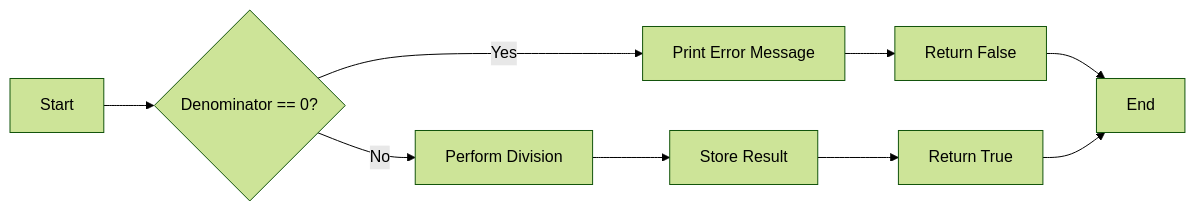
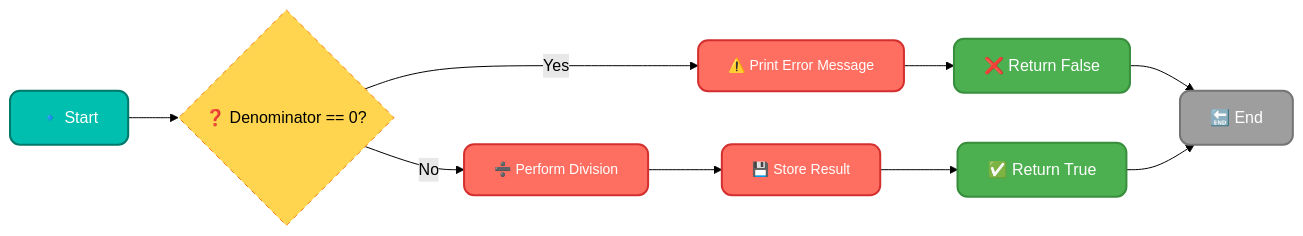
The fourth of 5 diagrams in _posts/2024-12-26-15.-c-error-handling.md (infoyouth/infoyouth.github.io), drawn with Mermaid (forest theme) before and after one commit. The commit also changed other lines of this file, not shown here.

````diff
--- a/_posts/2024-12-26-15.-c-error-handling.md
+++ b/_posts/2024-12-26-15.-c-error-handling.md
@@ -651,11 +698,27 @@
 ```mermaid
 graph LR
-    A[Start] --> B{Denominator == 0?};
-    B -- Yes --> C[Print Error Message];
-    C --> D[Return False];
-    B -- No --> E[Perform Division];
-    E --> F[Store Result];
-    F --> G[Return True];
-    D --> H[End];
-    G --> H;
+    A[🔹 Start] --> B{❓ Denominator == 0?}
+    B -- Yes --> C[⚠️ Print Error Message]
+    C --> D[❌ Return False]
+    B -- No --> E[➗ Perform Division]
+    E --> F[💾 Store Result]
+    F --> G[✅ Return True]
+    D --> H[🔚 End]
+    G --> H
+
+    class A startNode
+    class B decisionNode
+    class C processNode
+    class D returnNode
+    class E processNode
+    class F processNode
+    class G returnNode
+    class H endNode
+
+    classDef startNode fill:#00BFAE,stroke:#00796B,color:#FFFFFF,font-size:16px,stroke-width:2px,rx:10px;
+    classDef decisionNode fill:#FFD54F,stroke:#F57F17,color:#000000,font-size:16px,stroke-dasharray: 5,5;
+    classDef processNode fill:#FF6F61,stroke:#D32F2F,color:#FFFFFF,font-size:14px,stroke-width:2px,rx:10px;
+    classDef returnNode fill:#4CAF50,stroke:#388E3C,color:#FFFFFF,font-size:16px,stroke-width:2px,rx:10px;
+    classDef endNode fill:#9E9E9E,stroke:#757575,color:#FFFFFF,font-size:16px,stroke-width:2px,rx:10px;
+
 ```
````
